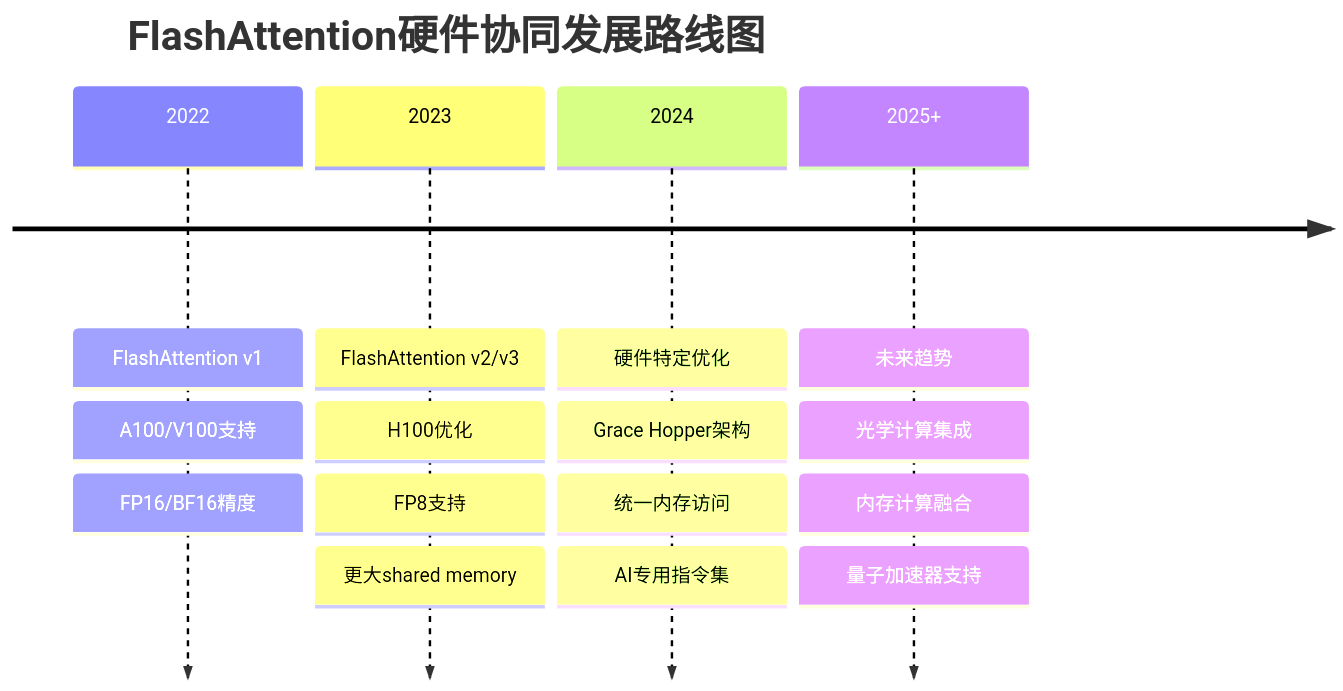
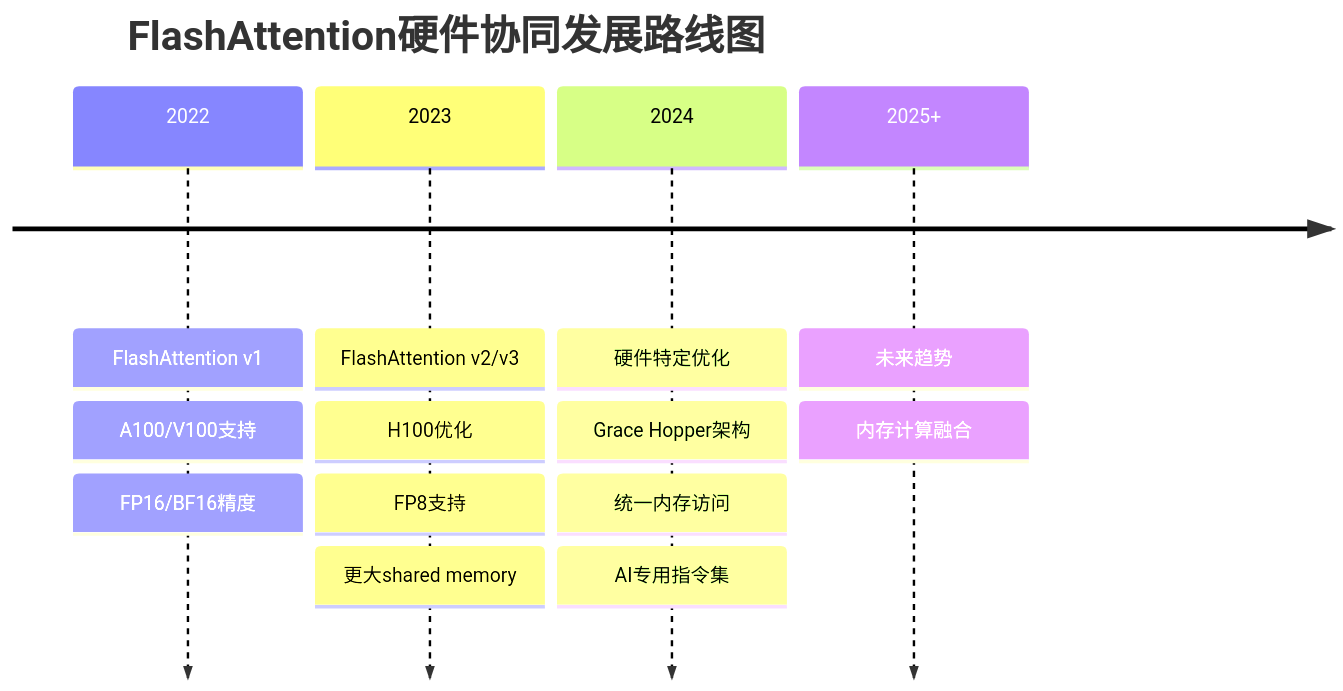
One commit to pillumina/pillumina.Github.io changed diagram 12 of 12 in content/posts/aiinfra/11-flashattention.md. Above: the diagram before and after it, drawn with Mermaid. The commit also changed other lines of this file and 13 other files, not shown here.

````diff
--- a/content/posts/aiinfra/11-flashattention.md
+++ b/content/posts/aiinfra/11-flashattention.md
@@ -836,23 +811,21 @@
 ```mermaid
 timeline
     title FlashAttention硬件协同发展路线图
     
     2022 : FlashAttention v1
          : A100/V100支持
          : FP16/BF16精度
     
     2023 : FlashAttention v2/v3
          : H100优化
          : FP8支持
          : 更大shared memory
     
     2024 : 硬件特定优化
          : Grace Hopper架构
          : 统一内存访问
          : AI专用指令集
     
     2025+ : 未来趋势
-          : 光学计算集成
           : 内存计算融合
-          : 量子加速器支持
 ```
````
